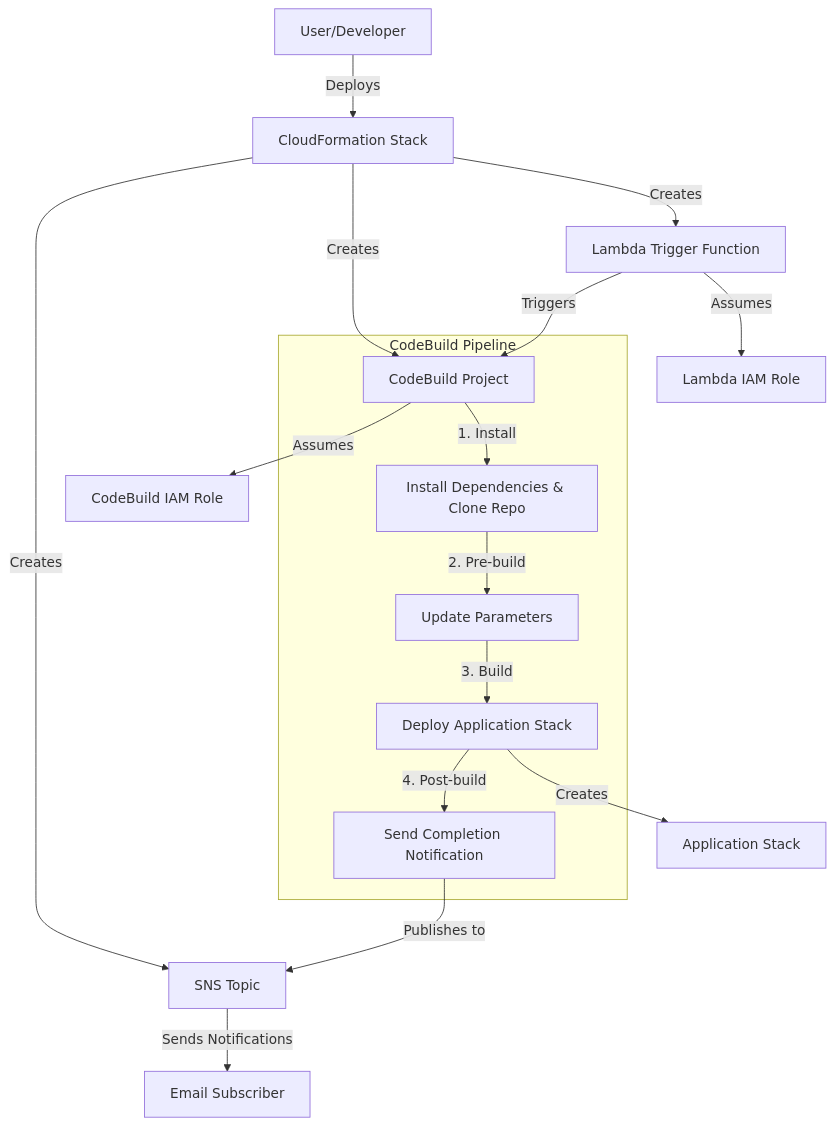
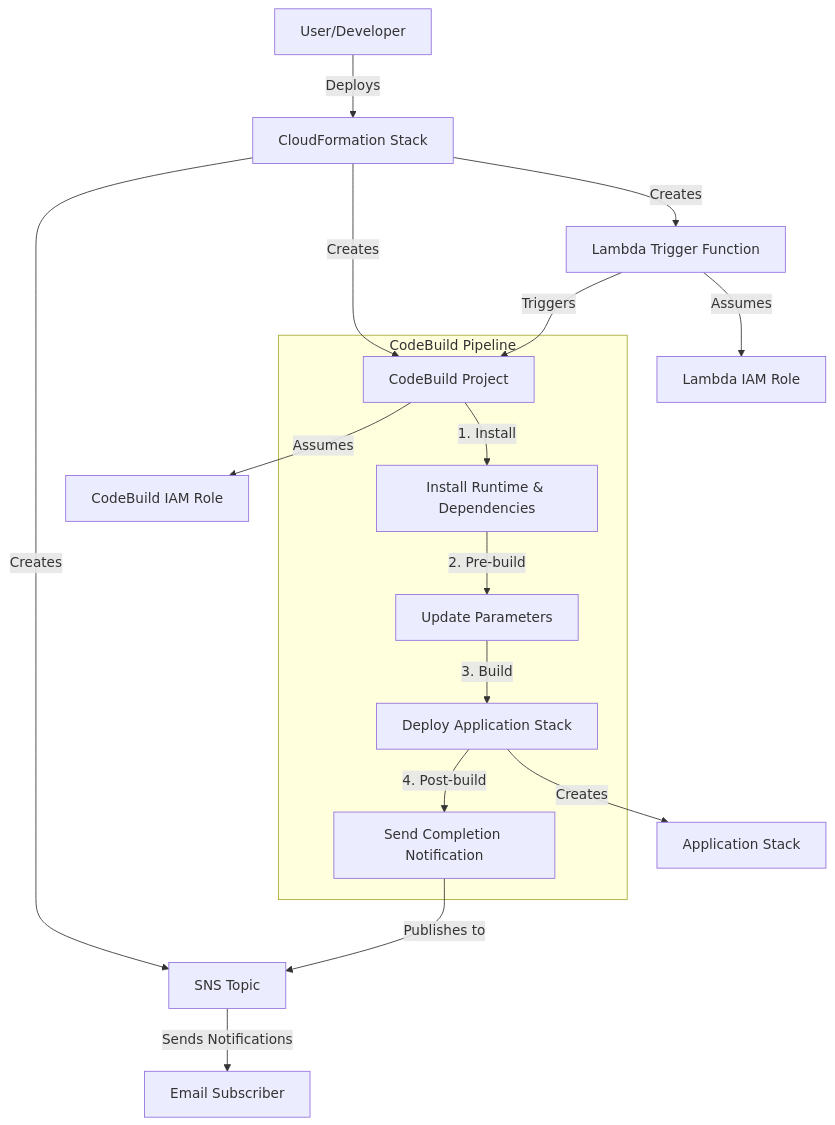
The diagram in .kiro/steering/deployment.md (aws-samples/sample-one-click-generative-ai-solutions), drawn with Mermaid before and after one commit. The commit also changed other lines of this file and 2 other files, not shown here.

First line of the commit message:
docs: restructure deployment guidelines with clear goal-what-how flow

````diff
--- a/.kiro/steering/deployment.md
+++ b/.kiro/steering/deployment.md
@@ -9,25 +26,25 @@
 ```mermaid
 graph TD
     User[User/Developer] -->|Deploys| CFN[CloudFormation Stack]
     
     CFN -->|Creates| SNS[SNS Topic]
     CFN -->|Creates| CB[CodeBuild Project]
     CFN -->|Creates| Lambda[Lambda Trigger Function]
     
     SNS -->|Sends Notifications| Email[Email Subscriber]
     
     Lambda -->|Triggers| CB
     
     CB -->|Assumes| CBRole[CodeBuild IAM Role]
     Lambda -->|Assumes| LambdaRole[Lambda IAM Role]
     
     subgraph "CodeBuild Pipeline"
-        CB -->|1. Install| Install[Install Dependencies & Clone Repo]
+        CB -->|1. Install| Install[Install Runtime & Dependencies]
         Install -->|2. Pre-build| PreBuild[Update Parameters]
         PreBuild -->|3. Build| Build[Deploy Application Stack]
         Build -->|4. Post-build| PostBuild[Send Completion Notification]
     end
     
     Build -->|Creates| AppStack[Application Stack]
     PostBuild -->|Publishes to| SNS
 ```
````
